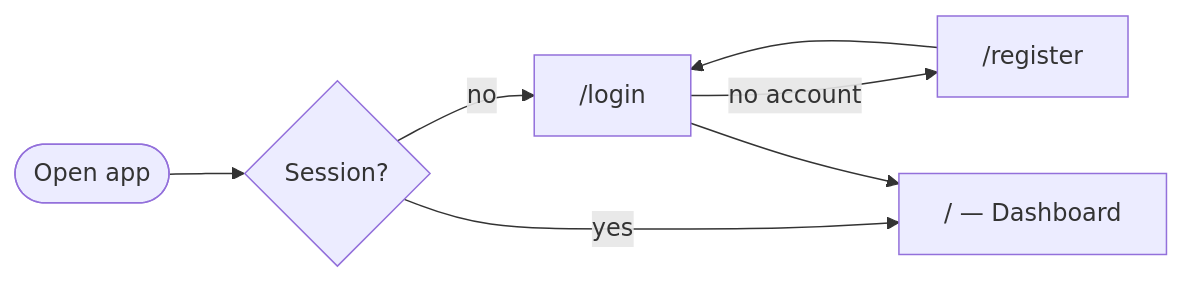
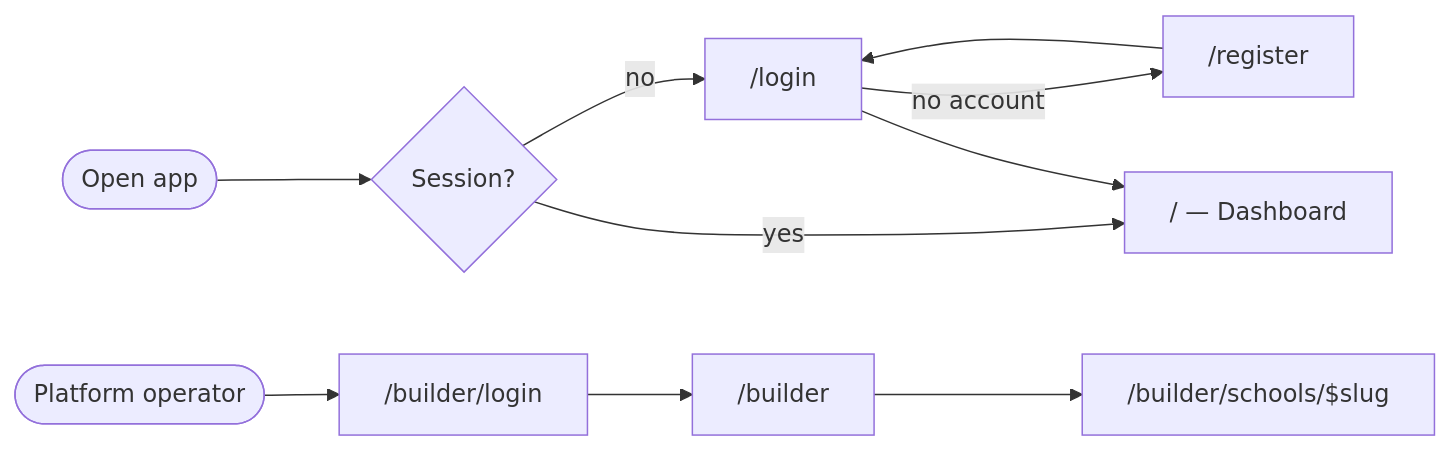
The first of 2 diagrams in docs/frontend/sitemap.md (Hezarfen-Co/hezarfen_frontend), drawn with Mermaid before and after one commit. The commit also changed other lines of this file and 58 other files, not shown here.

````diff
--- a/docs/frontend/sitemap.md
+++ b/docs/frontend/sitemap.md
@@ -17,9 +18,10 @@
 ```mermaid
 flowchart LR
   Visit(["Open app"]) --> Guard{"Session?"}
   Guard -- "no" --> Login["/login"]
   Guard -- "yes" --> Home["/ — Dashboard"]
   Login -- "no account" --> Register["/register"]
   Register --> Login
   Login --> Home
+  Builder(["Platform operator"]) --> BLogin["/builder/login"] --> BHome["/builder"] --> BSchool["/builder/schools/$slug"]
 ```
````
